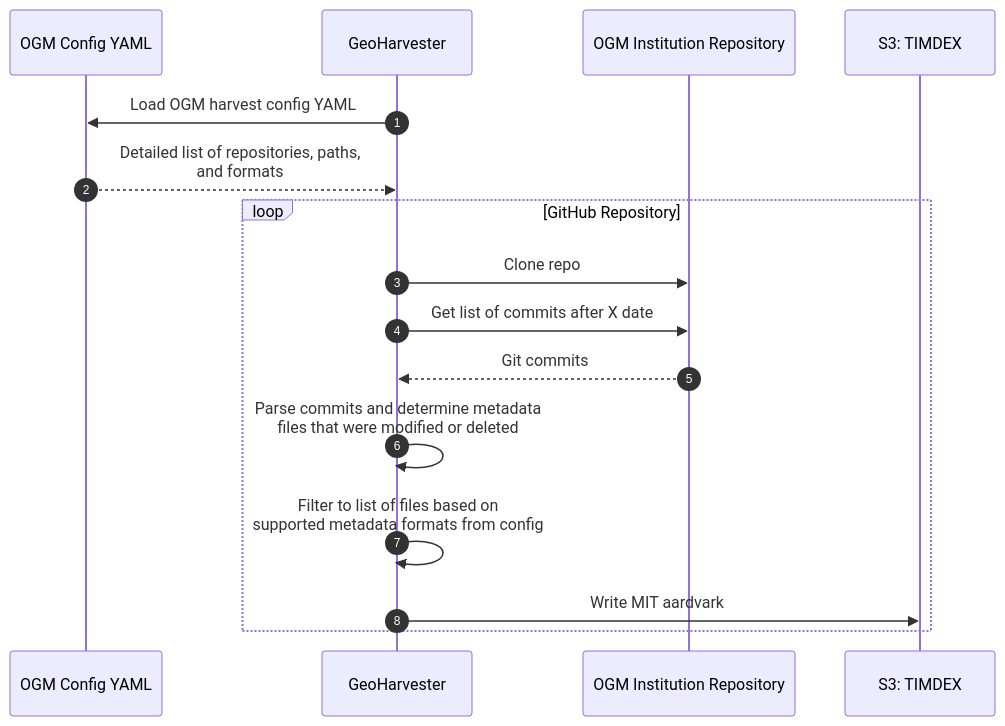
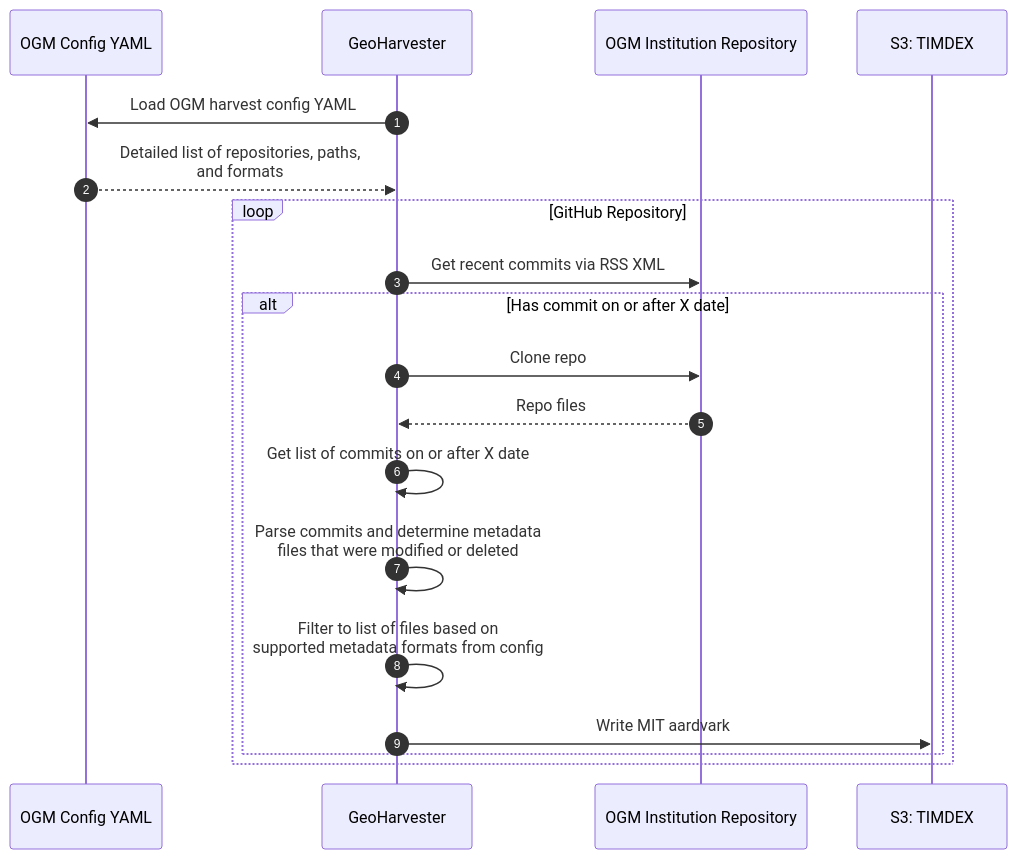
The second of 2 diagrams in docs/ogm_harvests.md (MITLibraries/geo-harvester), drawn with Mermaid before and after one commit. The commit also changed 12 other files, not shown here.

First line of the commit message:
Use Github RSS vs API for incremental OGM harvest

````diff
--- a/docs/ogm_harvests.md
+++ b/docs/ogm_harvests.md
@@ -33,20 +33,23 @@
 ```mermaid
 sequenceDiagram
     autonumber
     participant ogm_config_yaml as OGM Config YAML
     participant geo_harv as GeoHarvester
     participant ogm_repo as OGM Institution Repository
     participant s3_timdex as S3: TIMDEX
     
     geo_harv->>ogm_config_yaml: Load OGM harvest config YAML
     ogm_config_yaml-->>geo_harv: Detailed list of repositories, paths, <br> and formats
     
     loop GitHub Repository
-        geo_harv->>ogm_repo: Clone repo
-        geo_harv->>ogm_repo: Get list of commits after X date
-        ogm_repo-->>geo_harv: Git commits
-        geo_harv->>geo_harv: Parse commits and determine metadata <br> files that were modified or deleted
-        geo_harv->>geo_harv: Filter to list of files based on <br> supported metadata formats from config
-        geo_harv->>s3_timdex: Write MIT aardvark
+        geo_harv->>ogm_repo: Get recent commits via RSS XML
+        alt Has commit on or after X date
+					geo_harv->>ogm_repo: Clone repo
+					ogm_repo-->>geo_harv: Repo files
+					geo_harv->>geo_harv: Get list of commits on or after X date
+					geo_harv->>geo_harv: Parse commits and determine metadata <br> files that were modified or deleted
+					geo_harv->>geo_harv: Filter to list of files based on <br> supported metadata formats from config
+					geo_harv->>s3_timdex: Write MIT aardvark
+				end
     end
 ```
````
